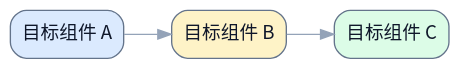
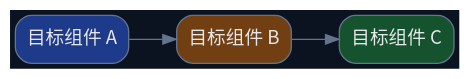
One commit to terencefan/inority-workspace changed the second of 3 diagrams in skills/write-doc/tests/assets/reference-spec.md. Above: the diagram before and after it, drawn with Graphviz. The commit also changed other lines of this file and 45 other files, not shown here.

````diff
--- a/skills/write-doc/tests/assets/reference-spec.md
+++ b/skills/write-doc/tests/assets/reference-spec.md
@@ -39,14 +39,14 @@
 ```graphviz
 digraph TargetState {
   rankdir=LR;
-  graph [bgcolor="transparent", fontname="Noto Sans CJK SC"];
-  node [fontname="Noto Sans CJK SC", shape=box, style="rounded,filled", color="#64748b", fontcolor="#0f172a", fillcolor="#f8fafc"];
-  edge [fontname="Noto Sans CJK SC", color="#94a3b8", fontcolor="#94a3b8"];
+  graph [bgcolor="#0b1220", fontname="Noto Sans CJK SC"];
+  node [fontname="Noto Sans CJK SC", shape=box, style="rounded,filled", color="#64748b", fontcolor="#e5e7eb", fillcolor="#0f172a"];
+  edge [fontname="Noto Sans CJK SC", color="#64748b", fontcolor="#64748b"];
 
-  target_a [label="目标组件 A", fillcolor="#dbeafe"];
-  target_b [label="目标组件 B", fillcolor="#fef3c7"];
-  target_c [label="目标组件 C", fillcolor="#dcfce7"];
+  target_a [label="目标组件 A", fillcolor="#1e3a8a"];
+  target_b [label="目标组件 B", fillcolor="#713f12"];
+  target_c [label="目标组件 C", fillcolor="#14532d"];
 
   target_a -> target_b -> target_c;
 }
 ```
````
